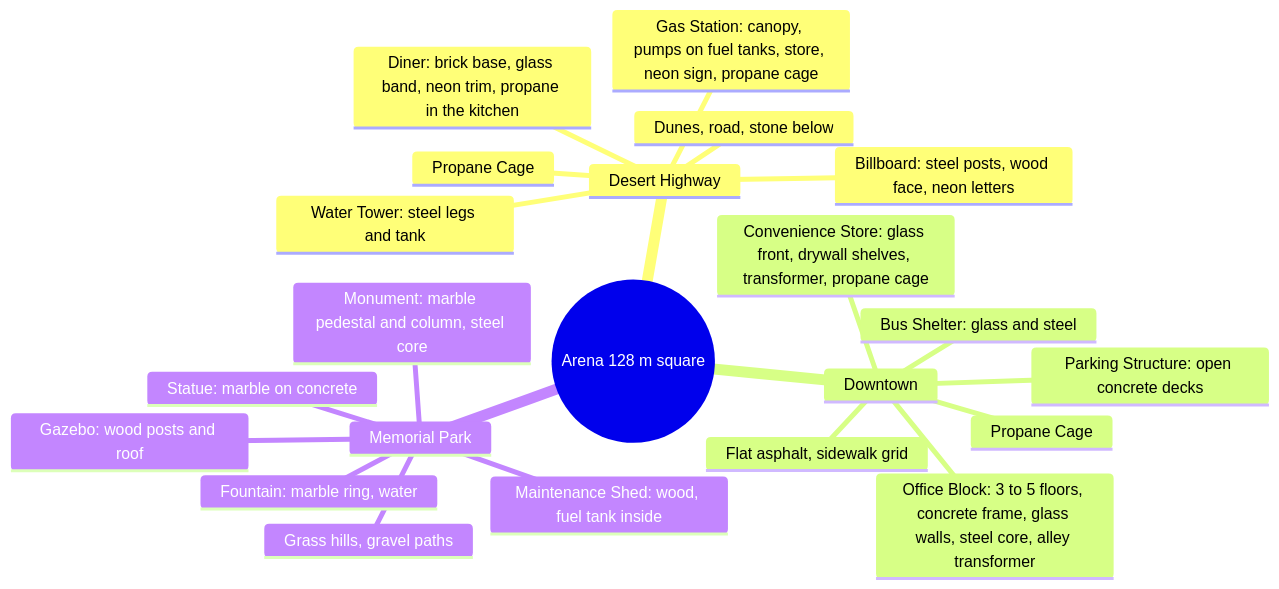
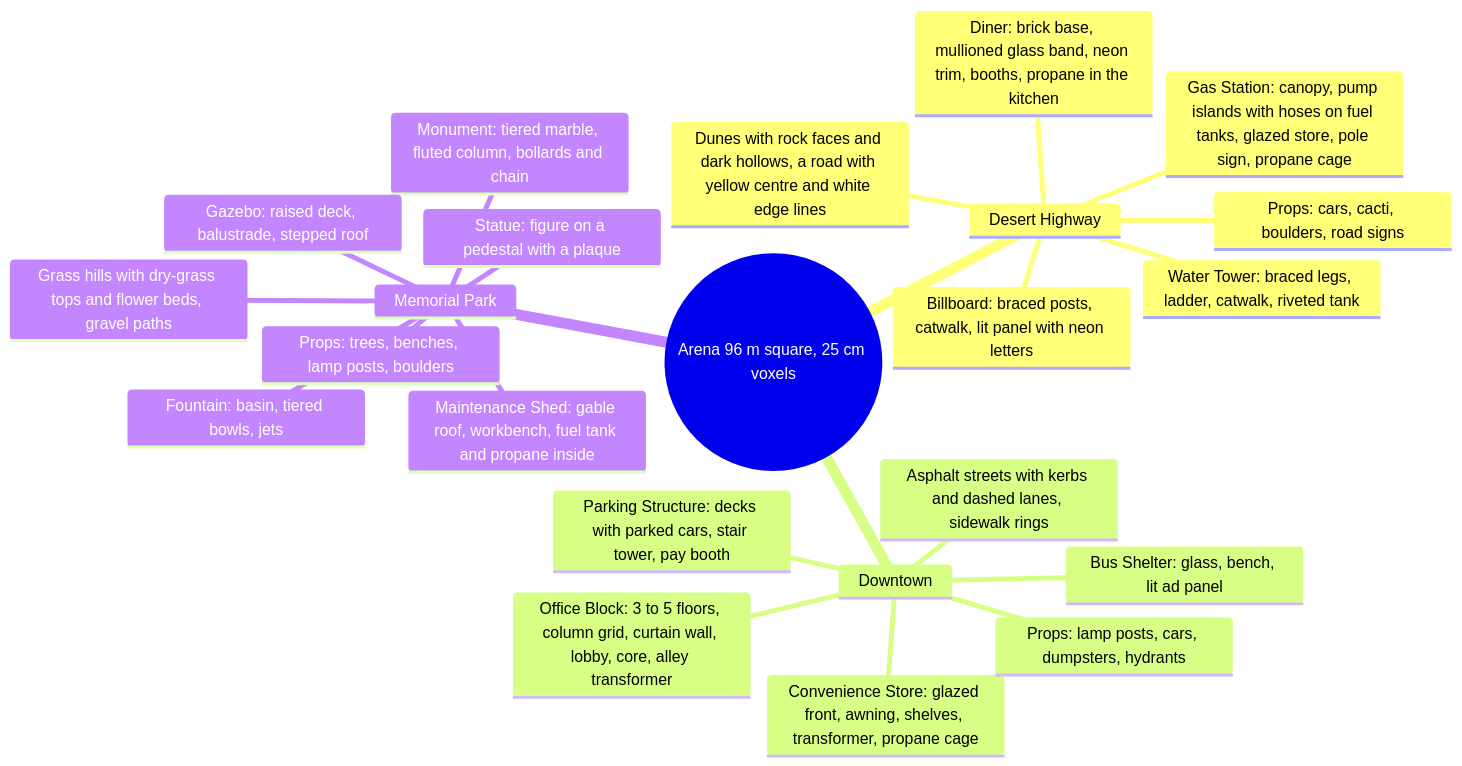
One commit to chesterbait88/Sandbox changed the seventh of 7 diagrams in docs/PLAYER-FLOW.md. Above: the diagram before and after it, drawn with Mermaid. The commit also changed other lines of this file and 1 other file, not shown here.

Commit message:
docs: living diagrams for the overhaul's engine and arena changes
Claude-Session: https://claude.ai/code/session_01UZGvMpZtA1USL3XALkyPxN

````diff
--- a/docs/PLAYER-FLOW.md
+++ b/docs/PLAYER-FLOW.md
@@ -178,25 +178,26 @@
 ```mermaid
 mindmap
-  root((Arena 128 m square))
+  root((Arena 96 m square, 25 cm voxels))
     Desert Highway
-      Dunes, road, stone below
-      Gas Station: canopy, pumps on fuel tanks, store, neon sign, propane cage
-      Diner: brick base, glass band, neon trim, propane in the kitchen
-      Billboard: steel posts, wood face, neon letters
-      Water Tower: steel legs and tank
-      Propane Cage
+      Dunes with rock faces and dark hollows, a road with yellow centre and white edge lines
+      Gas Station: canopy, pump islands with hoses on fuel tanks, glazed store, pole sign, propane cage
+      Diner: brick base, mullioned glass band, neon trim, booths, propane in the kitchen
+      Billboard: braced posts, catwalk, lit panel with neon letters
+      Water Tower: braced legs, ladder, catwalk, riveted tank
+      Props: cars, cacti, boulders, road signs
     Downtown
-      Flat asphalt, sidewalk grid
-      Convenience Store: glass front, drywall shelves, transformer, propane cage
-      Office Block: 3 to 5 floors, concrete frame, glass walls, steel core, alley transformer
-      Parking Structure: open concrete decks
-      Bus Shelter: glass and steel
-      Propane Cage
+      Asphalt streets with kerbs and dashed lanes, sidewalk rings
+      Convenience Store: glazed front, awning, shelves, transformer, propane cage
+      Office Block: 3 to 5 floors, column grid, curtain wall, lobby, core, alley transformer
+      Parking Structure: decks with parked cars, stair tower, pay booth
+      Bus Shelter: glass, bench, lit ad panel
+      Props: lamp posts, cars, dumpsters, hydrants
     Memorial Park
-      Grass hills, gravel paths
-      Monument: marble pedestal and column, steel core
-      Fountain: marble ring, water
-      Gazebo: wood posts and roof
-      Statue: marble on concrete
-      Maintenance Shed: wood, fuel tank inside
+      Grass hills with dry-grass tops and flower beds, gravel paths
+      Monument: tiered marble, fluted column, bollards and chain
+      Fountain: basin, tiered bowls, jets
+      Gazebo: raised deck, balustrade, stepped roof
+      Statue: figure on a pedestal with a plaque
+      Maintenance Shed: gable roof, workbench, fuel tank and propane inside
+      Props: trees, benches, lamp posts, boulders
 ```
````
